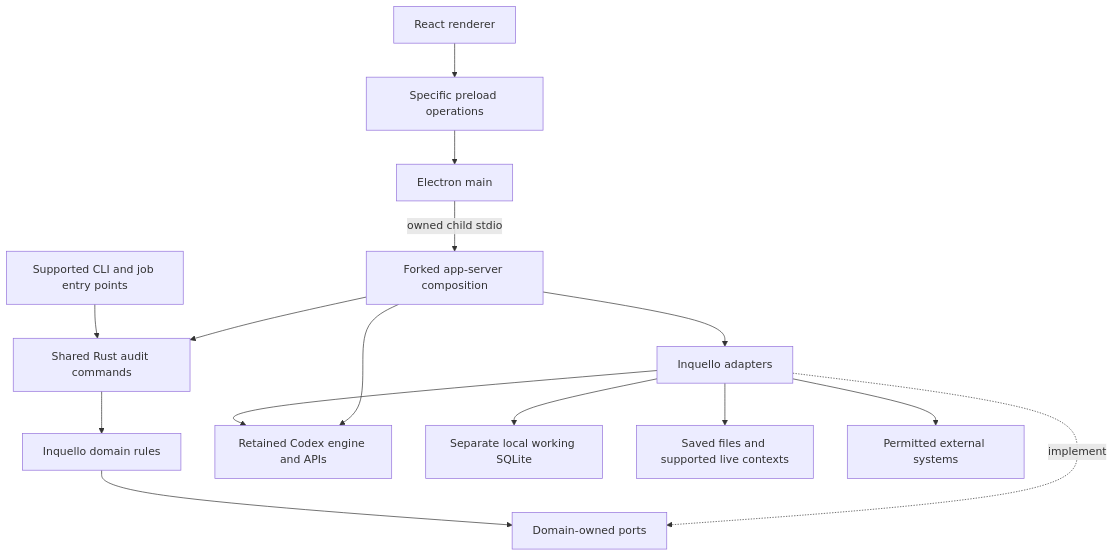
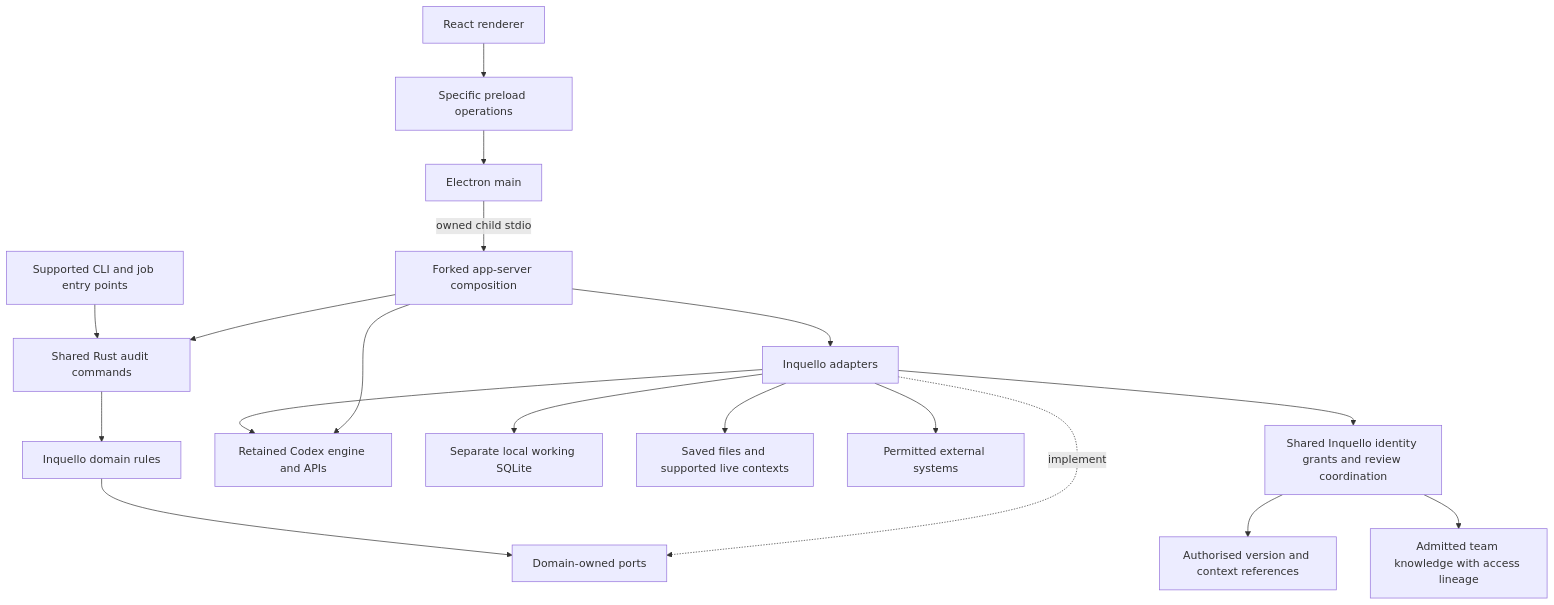
One commit to raeltec-systems/inquello changed the diagram in _bmad-output/planning-artifacts/architecture/architecture-inquello-2026-10-26/ARCHITECTURE-SPINE.md. Above: the diagram before and after it, drawn with Mermaid. The commit also changed other lines of this file and 42 other files, not shown here.

First line of the commit message:
docs: reconcile Inquello collaboration, review and delivery planning

````diff
--- a/_bmad-output/planning-artifacts/architecture/architecture-inquello-2026-10-26/ARCHITECTURE-SPINE.md
+++ b/_bmad-output/planning-artifacts/architecture/architecture-inquello-2026-10-26/ARCHITECTURE-SPINE.md
@@ -35,17 +34,20 @@
 ```mermaid
 flowchart TD
   UI[React renderer] --> PRE[Specific preload operations]
   PRE --> MAIN[Electron main]
   MAIN -->|owned child stdio| HOST[Forked app-server composition]
   OTHER[Supported CLI and job entry points] --> ENTRY[Shared Rust audit commands]
   HOST --> ENTRY
   ENTRY --> DOMAIN[Inquello domain rules]
   DOMAIN --> PORTS[Domain-owned ports]
   ADAPTERS[Inquello adapters] -. implement .-> PORTS
   HOST --> ADAPTERS
   ADAPTERS --> ENGINE[Retained Codex engine and APIs]
   ADAPTERS --> DB[Separate local working SQLite]
   ADAPTERS --> FILES[Saved files and supported live contexts]
   ADAPTERS --> EXT[Permitted external systems]
+  ADAPTERS --> SERVICE[Shared Inquello identity grants and review coordination]
+  SERVICE --> SHARED[Authorised version and context references]
+  SERVICE --> MEMORY[Admitted team knowledge with access lineage]
   HOST --> ENGINE
 ```
````
